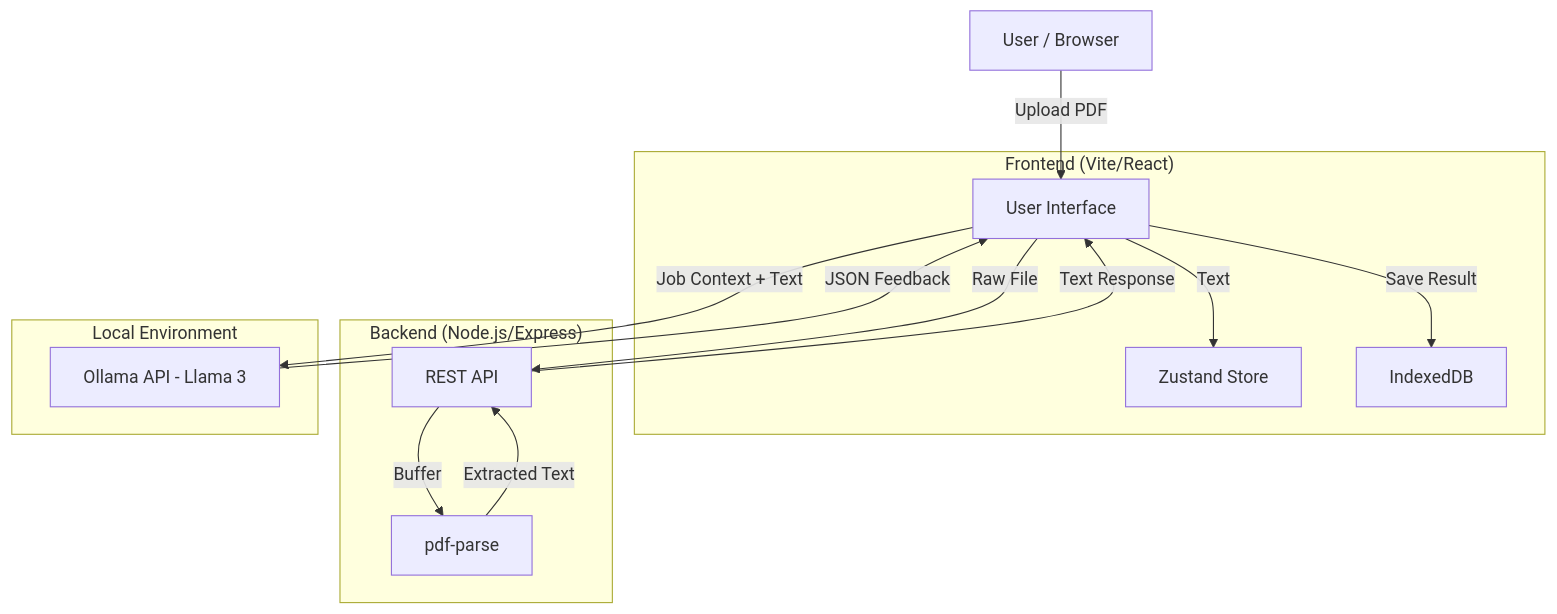
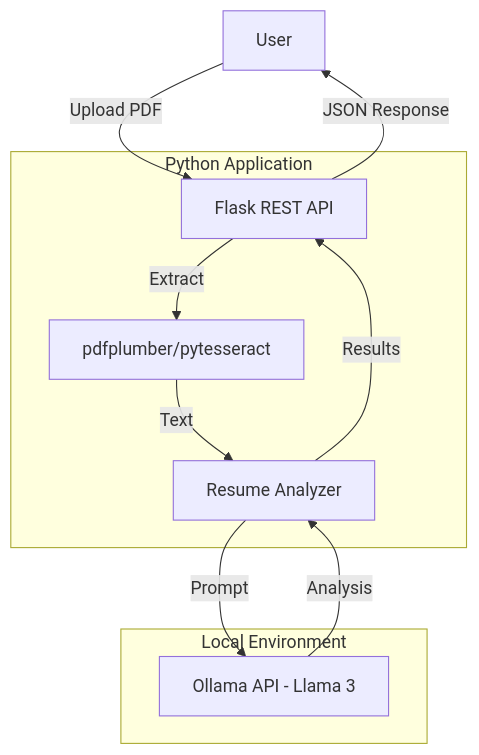
One commit to chanthornsp/Local-AI-Resume-Analyzer changed the diagram in README.md. Above: the diagram before and after it, drawn with Mermaid. The commit also changed other lines of this file and 1 other file, not shown here.

Commit message:
Refactor README.md to enhance clarity and structure for Local AI Resume Analyzer; updated features, user roles, functional requirements, and methodology sections. Improved formatting and added detailed API usage instructions.

````diff
--- a/README.md
+++ b/README.md
@@ -52,27 +348,20 @@
 ```mermaid
 graph TD
-    User[User / Browser]
-    subgraph "Frontend (Vite/React)"
-        UI[User Interface]
-        State[Zustand Store]
-        IDB[IndexedDB]
-    end
-    subgraph "Backend (Node.js/Express)"
-        API[REST API]
-        PDF[pdf-parse]
+    User[User]
+    subgraph "Python Application"
+        API[Flask REST API]
+        PDF[pdfplumber/pytesseract]
+        Analyzer[Resume Analyzer]
     end
     subgraph "Local Environment"
         Ollama[Ollama API - Llama 3]
     end
 
-    User -->|Upload PDF| UI
-    UI -->|Raw File| API
-    API -->|Buffer| PDF
-    PDF -->|Extracted Text| API
-    API -->|Text Response| UI
-    UI -->|Text| State
-    UI -->|Job Context + Text| Ollama
-    Ollama -->|JSON Feedback| UI
-    UI -->|Save Result| IDB
-
+    User -->|Upload PDF| API
+    API -->|Extract| PDF
+    PDF -->|Text| Analyzer
+    Analyzer -->|Prompt| Ollama
+    Ollama -->|Analysis| Analyzer
+    Analyzer -->|Results| API
+    API -->|JSON Response| User
 ```
````
